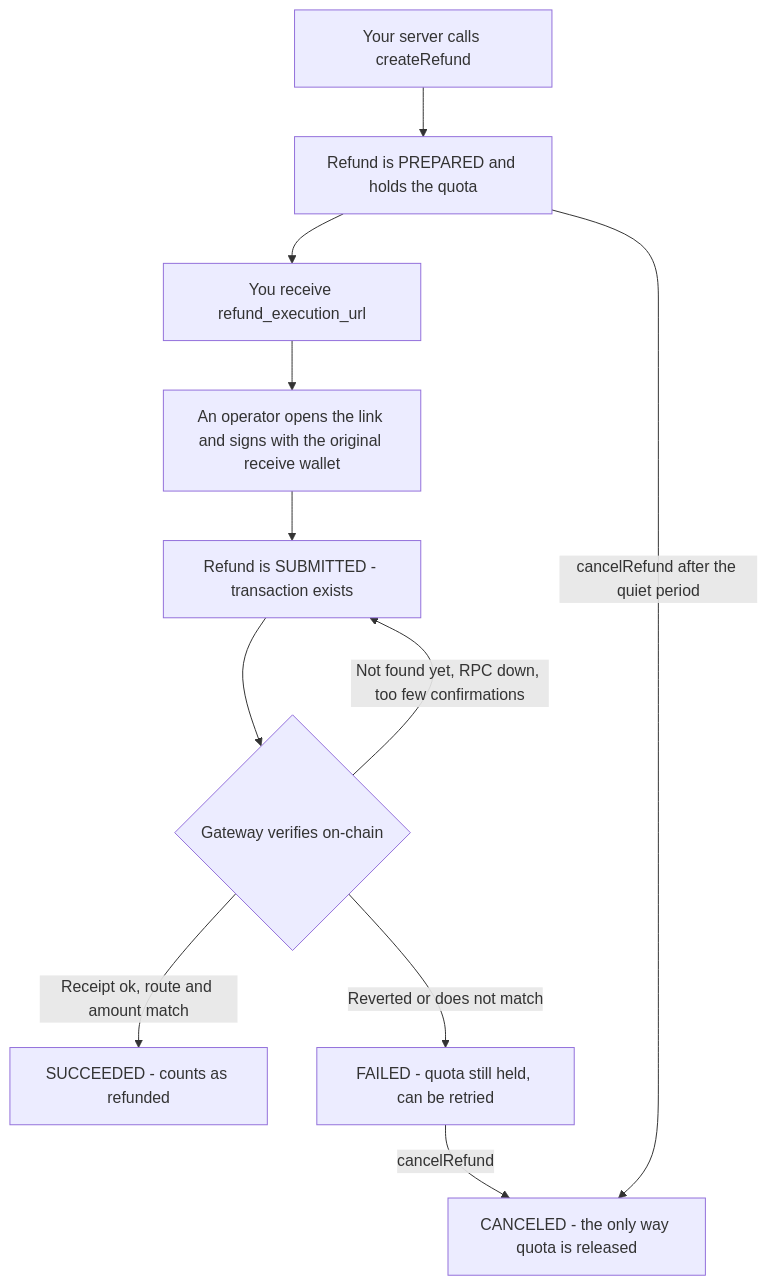
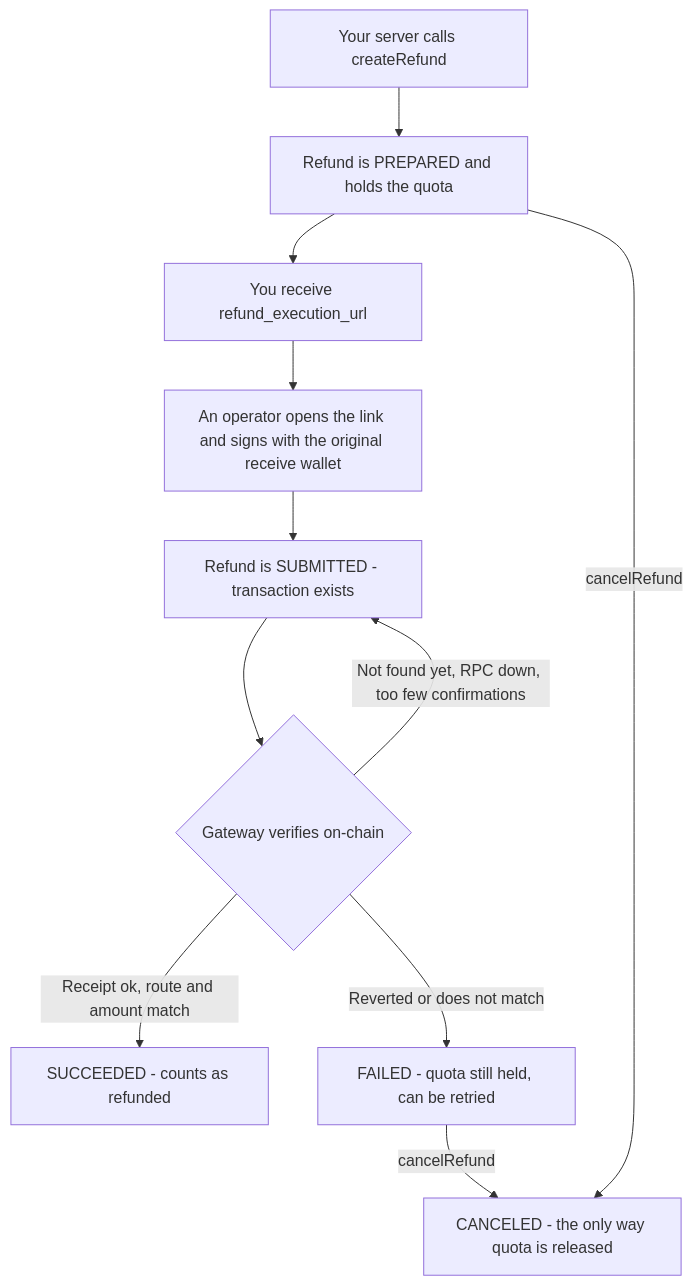
One commit to beclab/Olares changed the diagram in docs/developer/payment/api-reference/refunds.md. Above: the diagram before and after it, drawn with Mermaid. The commit also changed other lines of this file and 5 other files, not shown here.

````diff
--- a/docs/developer/payment/api-reference/refunds.md
+++ b/docs/developer/payment/api-reference/refunds.md
@@ -17,13 +17,13 @@
 ```mermaid
 flowchart TD
     A[Your server calls createRefund] --> B[Refund is PREPARED and holds the quota]
     B --> C[You receive refund_execution_url]
     C --> D[An operator opens the link and signs with the original receive wallet]
     D --> E[Refund is SUBMITTED - transaction exists]
     E --> F{Gateway verifies on-chain}
     F -->|Receipt ok, route and amount match| G[SUCCEEDED - counts as refunded]
     F -->|Reverted or does not match| H[FAILED - quota still held, can be retried]
     F -->|Not found yet, RPC down, too few confirmations| E
-    B -->|cancelRefund after the quiet period| I[CANCELED - the only way quota is released]
+    B -->|cancelRefund| I[CANCELED - the only way quota is released]
     H -->|cancelRefund| I
 ```
````
